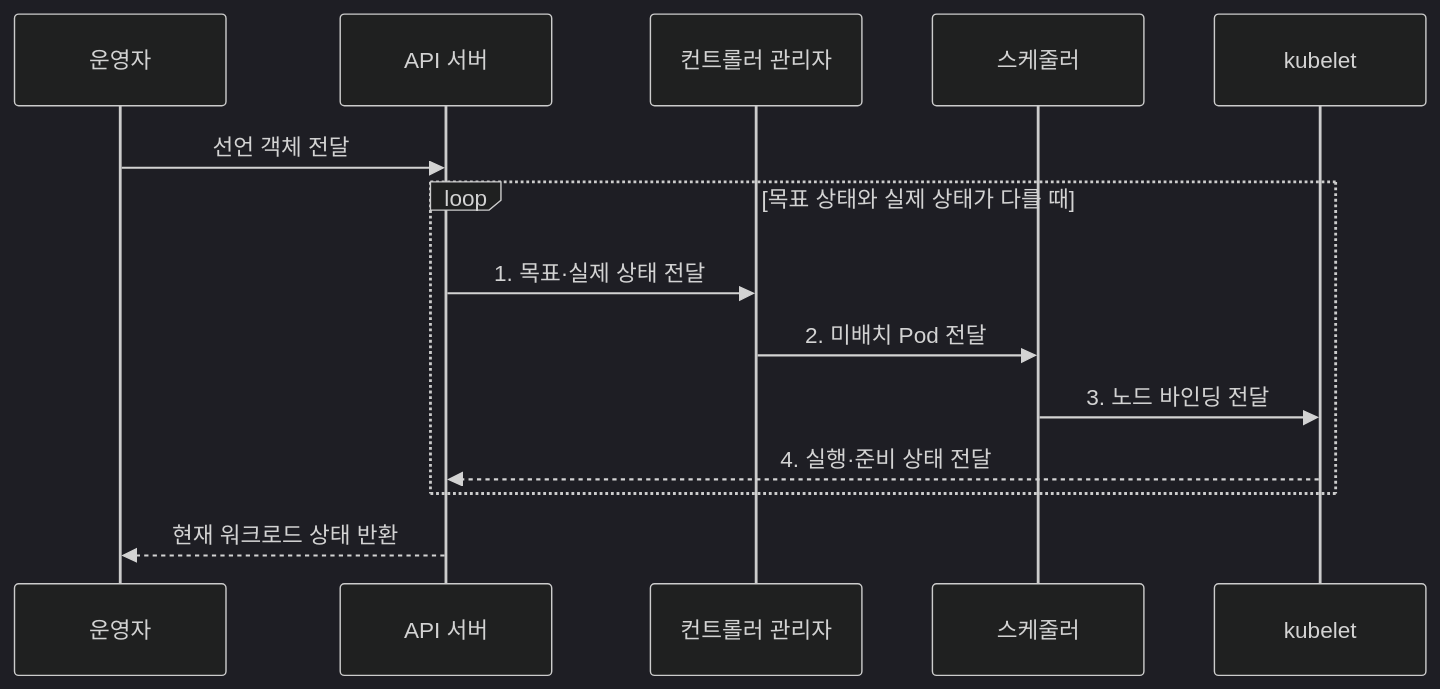
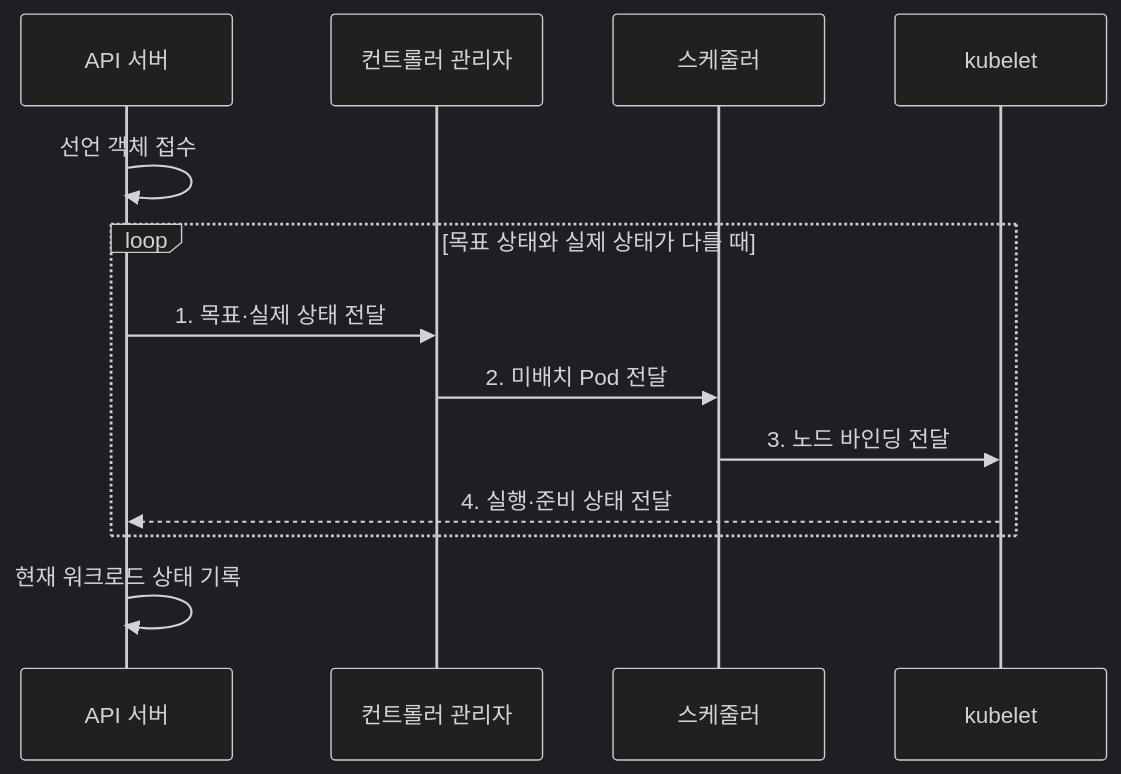
One commit to agnusdei1207/knowledge-base changed the second of 2 diagrams in src/content/docs/notes/08-latest-tech/158_kubernetes.md. Above: the diagram before and after it, drawn with Mermaid (dark theme). The commit also changed 9 other files, not shown here.

Commit message:
Simplify distributed platform flows

````diff
--- a/src/content/docs/notes/08-latest-tech/158_kubernetes.md
+++ b/src/content/docs/notes/08-latest-tech/158_kubernetes.md
@@ -102,16 +102,15 @@
 ```mermaid
 sequenceDiagram
-    participant U as 운영자
     participant A as API 서버
     participant C as 컨트롤러 관리자
     participant S as 스케줄러
     participant K as kubelet
-    U->>A: 선언 객체 전달
+    A->>A: 선언 객체 접수
     loop 목표 상태와 실제 상태가 다를 때
         A->>C: 1. 목표·실제 상태 전달
         C->>S: 2. 미배치 Pod 전달
         S->>K: 3. 노드 바인딩 전달
         K-->>A: 4. 실행·준비 상태 전달
     end
-    A-->>U: 현재 워크로드 상태 반환
+    A->>A: 현재 워크로드 상태 기록
 ```
````
